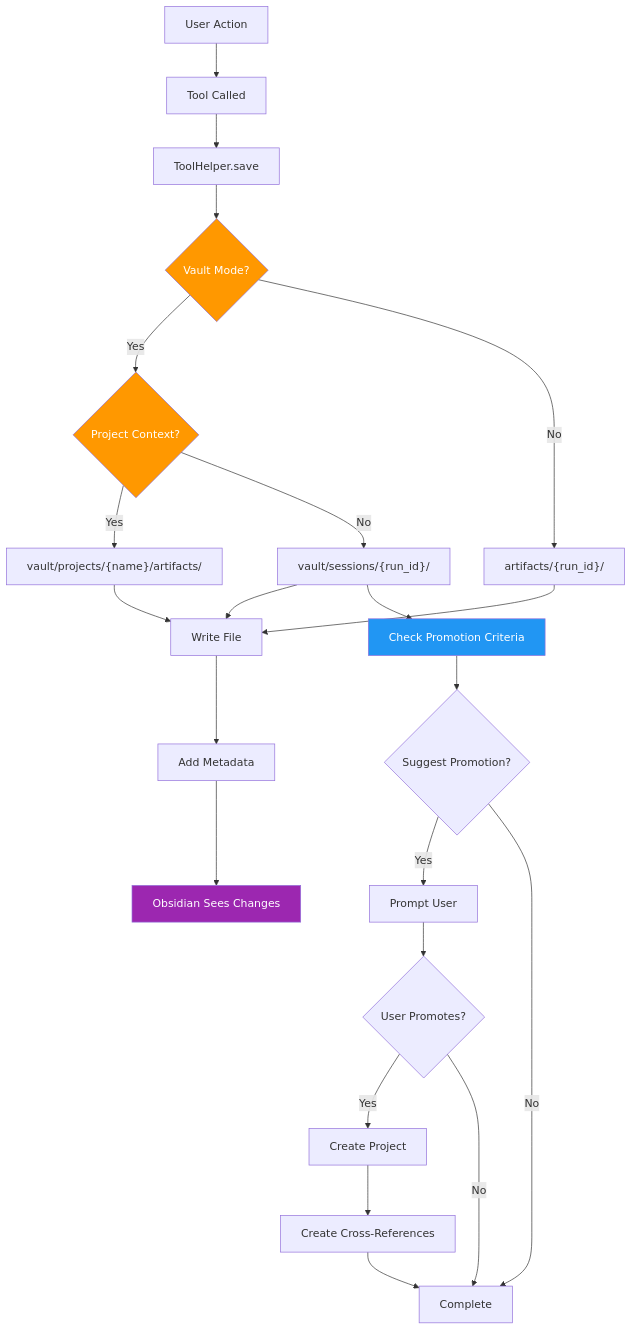
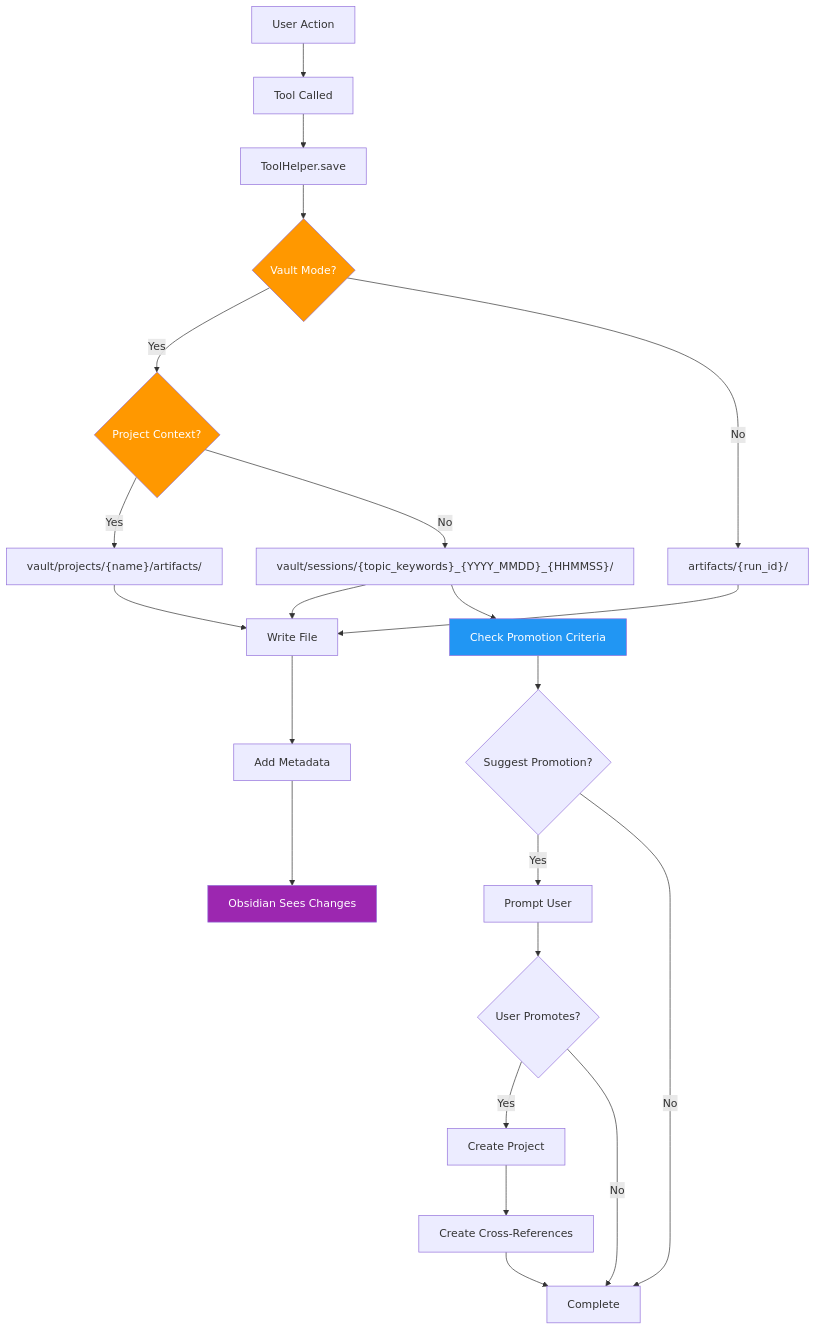
The seventh of 7 diagrams in tasks/2025-08-25_GlobalDocs_System_Analysis/MASTER_Architecture_UMLs_GlobalDocs_System_Analysis.md (zenprotheos/agentoptimizer), drawn with Mermaid before and after one commit. The commit also changed other lines of this file and 38 other files, not shown here.

````diff
--- a/tasks/2025-08-25_GlobalDocs_System_Analysis/MASTER_Architecture_UMLs_GlobalDocs_System_Analysis.md
+++ b/tasks/2025-08-25_GlobalDocs_System_Analysis/MASTER_Architecture_UMLs_GlobalDocs_System_Analysis.md
@@ -266,38 +416,38 @@
 ```mermaid
 flowchart TD
     USER_ACTION[User Action] --> TOOL_CALL[Tool Called]
     TOOL_CALL --> HELPER[ToolHelper.save]
     
     HELPER --> VAULT_CHECK{Vault Mode?}
     
     VAULT_CHECK -->|Yes| PROJECT_CHECK{Project Context?}
     VAULT_CHECK -->|No| LEGACY_PATH["artifacts/{run_id}/"]
     
     PROJECT_CHECK -->|Yes| PROJECT_DIR["vault/projects/{name}/artifacts/"]
-    PROJECT_CHECK -->|No| SESSION_DIR["vault/sessions/{run_id}/"]
+    PROJECT_CHECK -->|No| SESSION_DIR["vault/sessions/{topic_keywords}_{YYYY_MMDD}_{HHMMSS}/"]
     
     PROJECT_DIR --> WRITE_FILE[Write File]
     SESSION_DIR --> WRITE_FILE
     LEGACY_PATH --> WRITE_FILE
     
     WRITE_FILE --> METADATA[Add Metadata]
     METADATA --> OBSIDIAN_UPDATE[Obsidian Sees Changes]
     
     SESSION_DIR --> PROMOTION_CHECK[Check Promotion Criteria]
     PROMOTION_CHECK --> SUGGEST{Suggest Promotion?}
     
     SUGGEST -->|Yes| USER_PROMPT[Prompt User]
     SUGGEST -->|No| COMPLETE[Complete]
     
     USER_PROMPT --> PROMOTE{User Promotes?}
     PROMOTE -->|Yes| CREATE_PROJECT[Create Project]
     PROMOTE -->|No| COMPLETE
     
     CREATE_PROJECT --> LINK_CREATION[Create Cross-References]
     LINK_CREATION --> COMPLETE
     
     style VAULT_CHECK fill:#ff9800,color:#fff
     style PROJECT_CHECK fill:#ff9800,color:#fff
     style PROMOTION_CHECK fill:#2196f3,color:#fff
     style OBSIDIAN_UPDATE fill:#9c27b0,color:#fff
 ```
````
